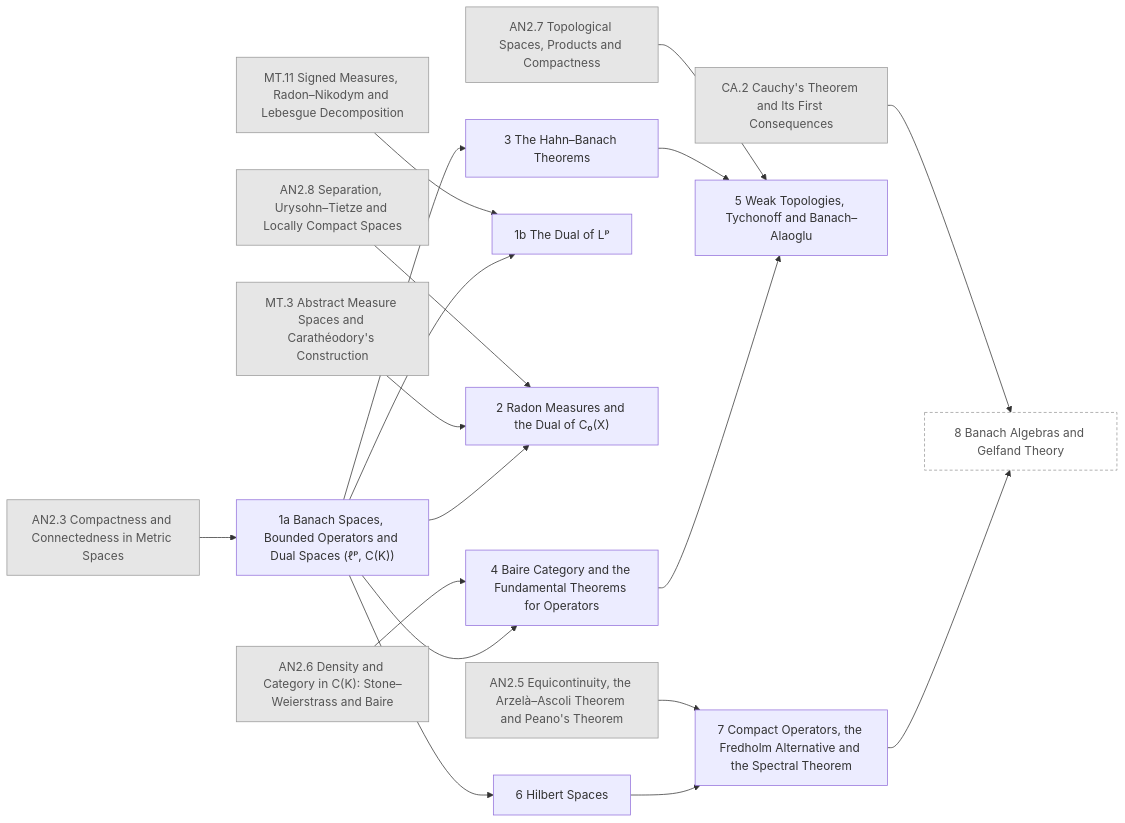
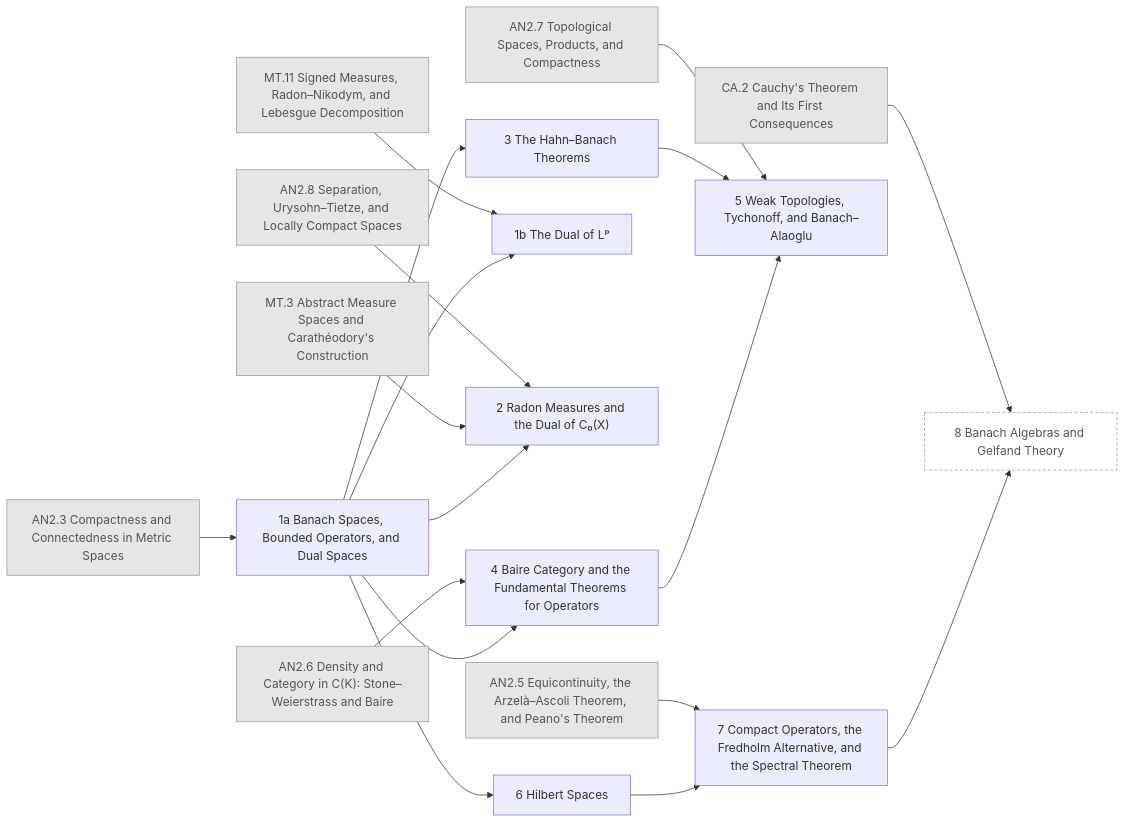
Diagram 18 of 26 in generated/README.md (AkizumiFox/math-atlas), drawn with Mermaid before and after one commit. The commit also changed other lines of this file and 24 other files, not shown here.

````diff
--- a/generated/README.md
+++ b/generated/README.md
@@ -549,40 +549,40 @@
 ```mermaid
 flowchart LR
   AN2_3["AN2.3 Compactness and Connectedness in Metric Spaces"]:::ext
-  AN2_5["AN2.5 Equicontinuity, the Arzelà–Ascoli Theorem and Peano's Theorem"]:::ext
+  AN2_5["AN2.5 Equicontinuity, the Arzelà–Ascoli Theorem, and Peano's Theorem"]:::ext
   AN2_6["AN2.6 Density and Category in C(K): Stone–Weierstrass and Baire"]:::ext
-  AN2_7["AN2.7 Topological Spaces, Products and Compactness"]:::ext
-  AN2_8["AN2.8 Separation, Urysohn–Tietze and Locally Compact Spaces"]:::ext
+  AN2_7["AN2.7 Topological Spaces, Products, and Compactness"]:::ext
+  AN2_8["AN2.8 Separation, Urysohn–Tietze, and Locally Compact Spaces"]:::ext
   MT_3["MT.3 Abstract Measure Spaces and Carathéodory's Construction"]:::ext
-  MT_11["MT.11 Signed Measures, Radon–Nikodym and Lebesgue Decomposition"]:::ext
+  MT_11["MT.11 Signed Measures, Radon–Nikodym, and Lebesgue Decomposition"]:::ext
   CA_2["CA.2 Cauchy's Theorem and Its First Consequences"]:::ext
-  FA_1a["1a Banach Spaces, Bounded Operators and Dual Spaces (ℓᵖ, C(K))"]
+  FA_1a["1a Banach Spaces, Bounded Operators, and Dual Spaces"]
   FA_1b["1b The Dual of Lᵖ"]
   FA_2["2 Radon Measures and the Dual of C₀(X)"]
   FA_3["3 The Hahn–Banach Theorems"]
   FA_4["4 Baire Category and the Fundamental Theorems for Operators"]
-  FA_5["5 Weak Topologies, Tychonoff and Banach–Alaoglu"]
+  FA_5["5 Weak Topologies, Tychonoff, and Banach–Alaoglu"]
   FA_6["6 Hilbert Spaces"]
-  FA_7["7 Compact Operators, the Fredholm Alternative and the Spectral Theorem"]
+  FA_7["7 Compact Operators, the Fredholm Alternative, and the Spectral Theorem"]
   FA_8["8 Banach Algebras and Gelfand Theory"]:::opt
   AN2_3 --> FA_1a
   MT_11 --> FA_1b
   FA_1a --> FA_1b
   AN2_8 --> FA_2
   MT_3 --> FA_2
   FA_1a --> FA_2
   FA_1a --> FA_3
   AN2_6 --> FA_4
   FA_1a --> FA_4
   AN2_7 --> FA_5
   FA_3 --> FA_5
   FA_4 --> FA_5
   FA_1a --> FA_6
   AN2_5 --> FA_7
   FA_6 --> FA_7
   CA_2 --> FA_8
   FA_7 --> FA_8
   classDef ext fill:#e6e6e6,stroke:#999,color:#555
   classDef opt fill:#fff,stroke:#999,stroke-dasharray:4 3,color:#555
   classDef segb fill:#f6f6fb,stroke:#99a,color:#333
 ```
````
